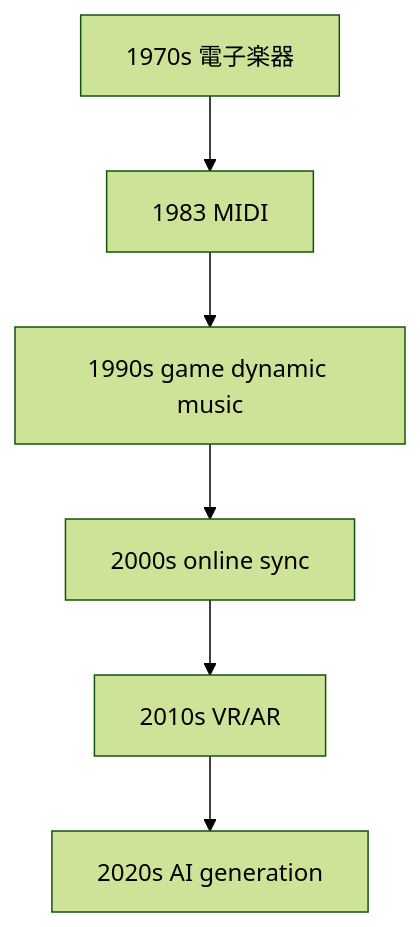
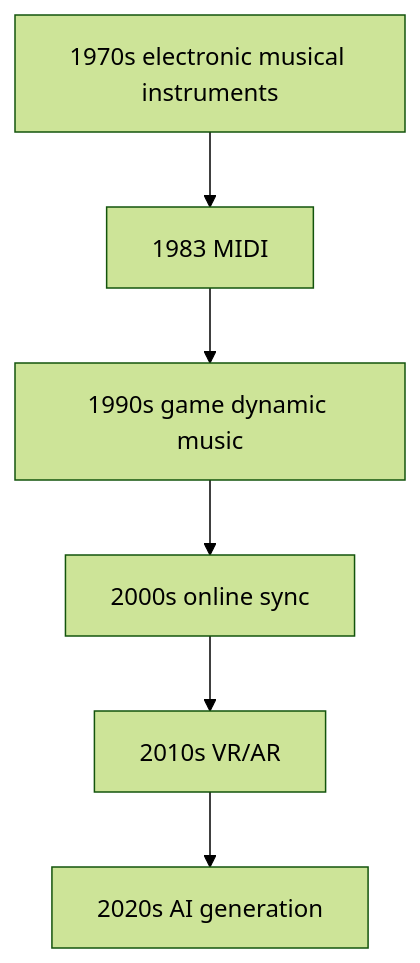
One commit to monumental-movement/monumental-movement.github.io changed the first of 3 diagrams in en/_posts/2026-02-28-column-interactive-music-experience.md. Above: the diagram before and after it, drawn with Mermaid (forest theme). The commit also changed other lines of this file and 445 other files, not shown here.

```diff
--- a/en/_posts/2026-02-28-column-interactive-music-experience.md
+++ b/en/_posts/2026-02-28-column-interactive-music-experience.md
@@ -92,8 +92,8 @@
 <div class="mermaid">
 flowchart TD
-A[1970s 電子楽器] --> B[1983 MIDI]
+A[1970s electronic musical instruments] --> B[1983 MIDI]
 B --> C[1990s game dynamic music]
 C --> D[2000s online sync]
 D --> E[2010s VR/AR]
 E --> F[2020s AI generation]
 </div>
```
